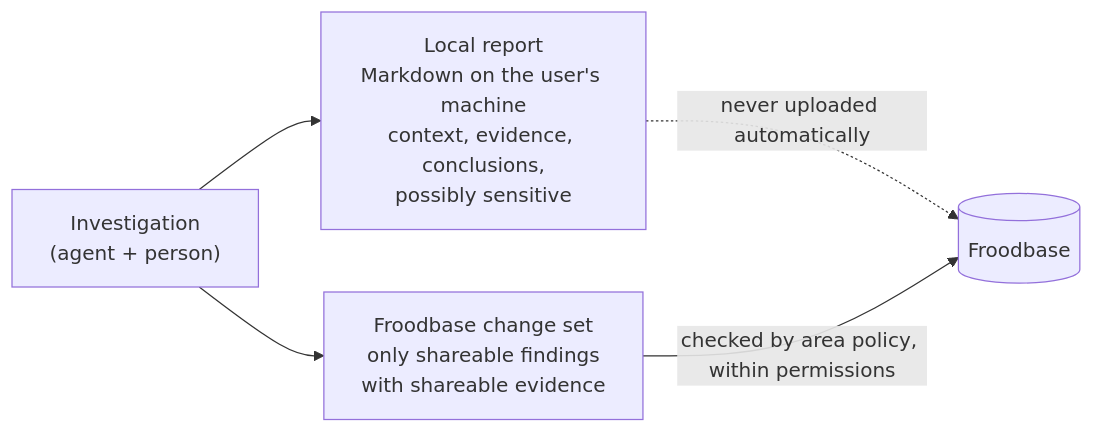
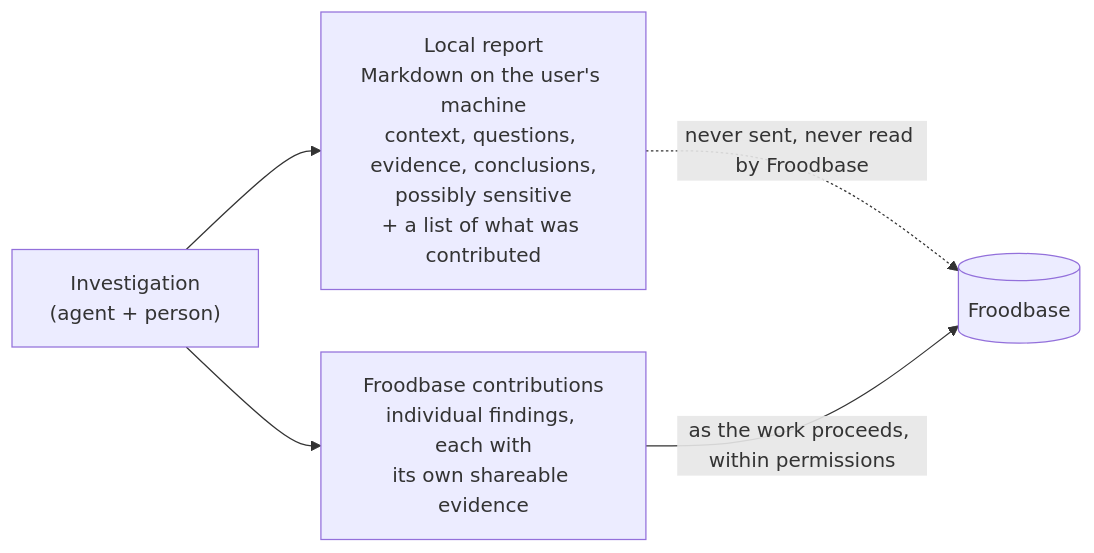
The eighth of 9 diagrams in docs/planning/05-how-froodbase-works.md (rztaylor/Froodbase), drawn with Mermaid before and after one commit. The commit also changed other lines of this file and 14 other files, not shown here.

First line of the commit message:
FRB-46 Knowledge earns certainty from evidence and use; reports are never an input

````diff
--- a/docs/planning/05-how-froodbase-works.md
+++ b/docs/planning/05-how-froodbase-works.md
@@ -320,7 +331,7 @@
 ```mermaid
 flowchart LR
-    I["Investigation<br/>(agent + person)"] --> RPT["Local report<br/>Markdown on the user's machine<br/>context, evidence, conclusions,<br/>possibly sensitive"]
-    I --> CS["Froodbase change set<br/>only shareable findings<br/>with shareable evidence"]
-    RPT -. "never uploaded automatically" .-> B[("Froodbase")]
-    CS -- "checked by area policy, within permissions" --> B
+    I["Investigation<br/>(agent + person)"] --> RPT["Local report<br/>Markdown on the user's machine<br/>context, questions, evidence, conclusions,<br/>possibly sensitive<br/>+ a list of what was contributed"]
+    I --> CS["Froodbase contributions<br/>individual findings, each with<br/>its own shareable evidence"]
+    RPT -. "never sent, never read by Froodbase" .-> B[("Froodbase")]
+    CS -- "as the work proceeds, within permissions" --> B
 ```
````
